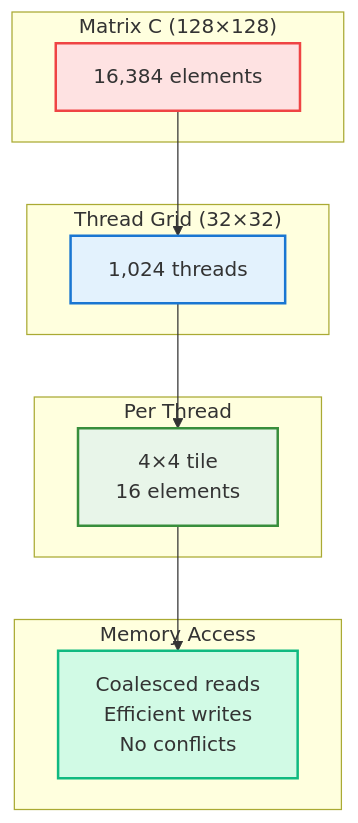
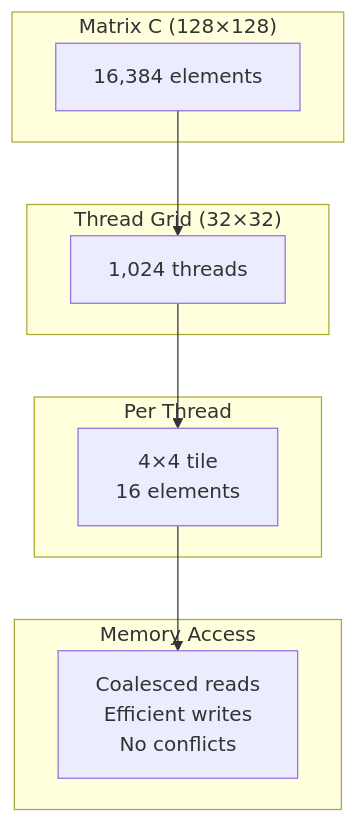
The fifth of 7 diagrams in projects/composablekernel/docs/conceptual/ck_tile/tile_distribution.rst (hdt98/rocm-libraries), drawn with Mermaid before and after one commit. The commit also changed other lines of this file and 21 other files, not shown here.

First line of the commit message:
[ck] Updated CK Tile documentation to use mermaid diagrams (#7955)

```diff
--- a/projects/composablekernel/docs/conceptual/ck_tile/tile_distribution.rst
+++ b/projects/composablekernel/docs/conceptual/ck_tile/tile_distribution.rst
@@ -468,27 +401,22 @@
-      .. mermaid::
-      
-         flowchart TB
-             subgraph "Matrix C (128×128)"
-                 C["16,384 elements"]
-             end
-   
-             subgraph "Thread Grid (32×32)"
-                 TG["1,024 threads"]
-             end
-   
-             subgraph "Per Thread"
-                 PT["4×4 tile<br/>16 elements"]
-             end
-   
-             subgraph "Memory Access"
-                 MA["Coalesced reads<br/>Efficient writes<br/>No conflicts"]
-             end
-   
-             C --> TG
-             TG --> PT
-             PT --> MA
-   
-             style C fill:#fee2e2,stroke:#ef4444,stroke-width:2px
-             style TG fill:#e3f2fd,stroke:#1976d2,stroke-width:2px
-             style PT fill:#e8f5e9,stroke:#388e3c,stroke-width:2px
-             style MA fill:#d1fae5,stroke:#10b981,stroke-width:2px
+.. mermaid::
+
+   flowchart TB
+       subgraph "Matrix C (128×128)"
+           C["16,384 elements"]
+       end
+
+       subgraph "Thread Grid (32×32)"
+           TG["1,024 threads"]
+       end
+
+       subgraph "Per Thread"
+           PT["4×4 tile<br/>16 elements"]
+       end
+
+       subgraph "Memory Access"
+           MA["Coalesced reads<br/>Efficient writes<br/>No conflicts"]
+       end
+
+       C --> TG
+       TG --> PT
+       PT --> MA
```
